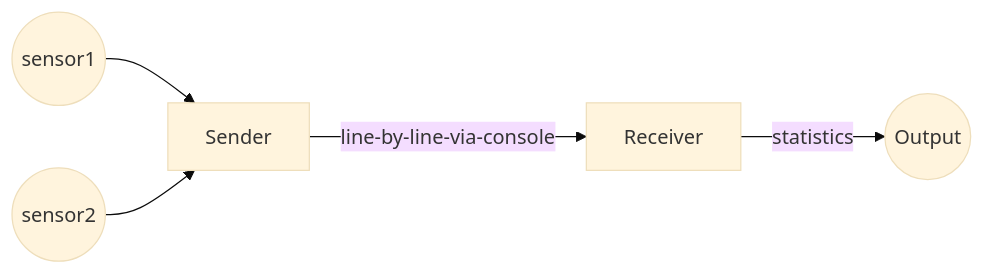
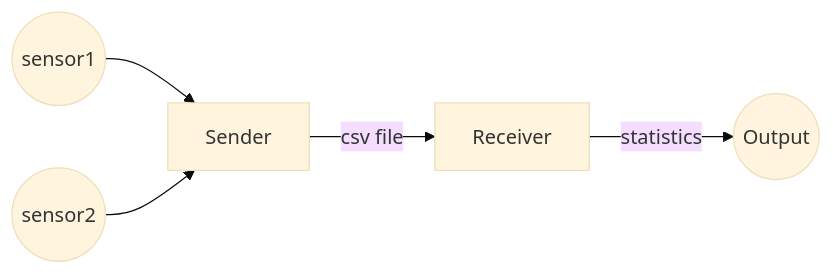
One commit to clean-code-craft-tcq-2/stream-line-Subash-Gopal changed the diagram in README.md. Above: the diagram before and after it, drawn with Mermaid (base theme). The commit also changed other lines of this file, not shown here.

````diff
--- a/README.md
+++ b/README.md
@@ -9,7 +9,7 @@
 ```mermaid
 flowchart LR
 A((sensor1)) --> Sender
 B((sensor2)) --> Sender
-Sender --> |line-by-line-via-console|Receiver
+Sender --> |csv file|Receiver
 Receiver --> |statistics|C((Output))
 ```
````
